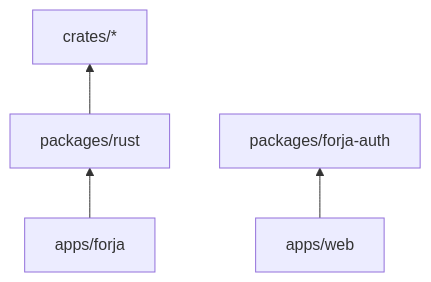
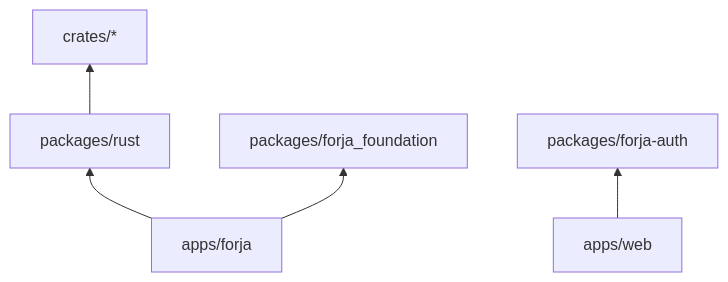
The third of 3 diagrams in docs/ARCHITECTURE.md (mGhassen/Forja), drawn with Mermaid before and after one commit. The commit also changed other lines of this file and 450 other files, not shown here.

````diff
--- a/docs/ARCHITECTURE.md
+++ b/docs/ARCHITECTURE.md
@@ -283,7 +290,9 @@
 ```mermaid
 flowchart BT
   rust[packages/rust]
+  ds[packages/forja_foundation]
   app["apps/forja"] --> rust
+  app --> ds
   rust --> crates[crates/*]
   web["apps/web"] --> auth[packages/forja-auth]
 ```
````
